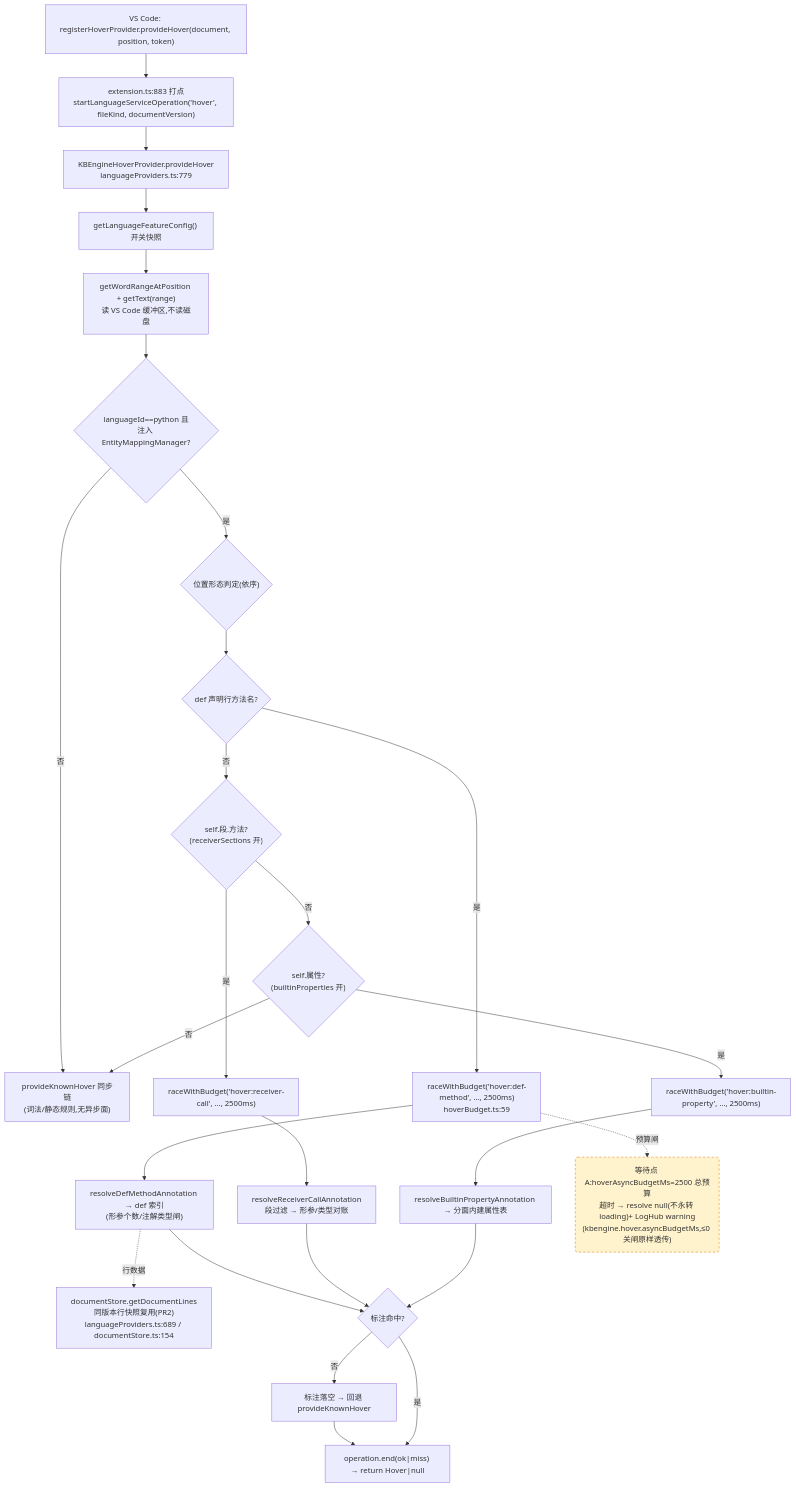
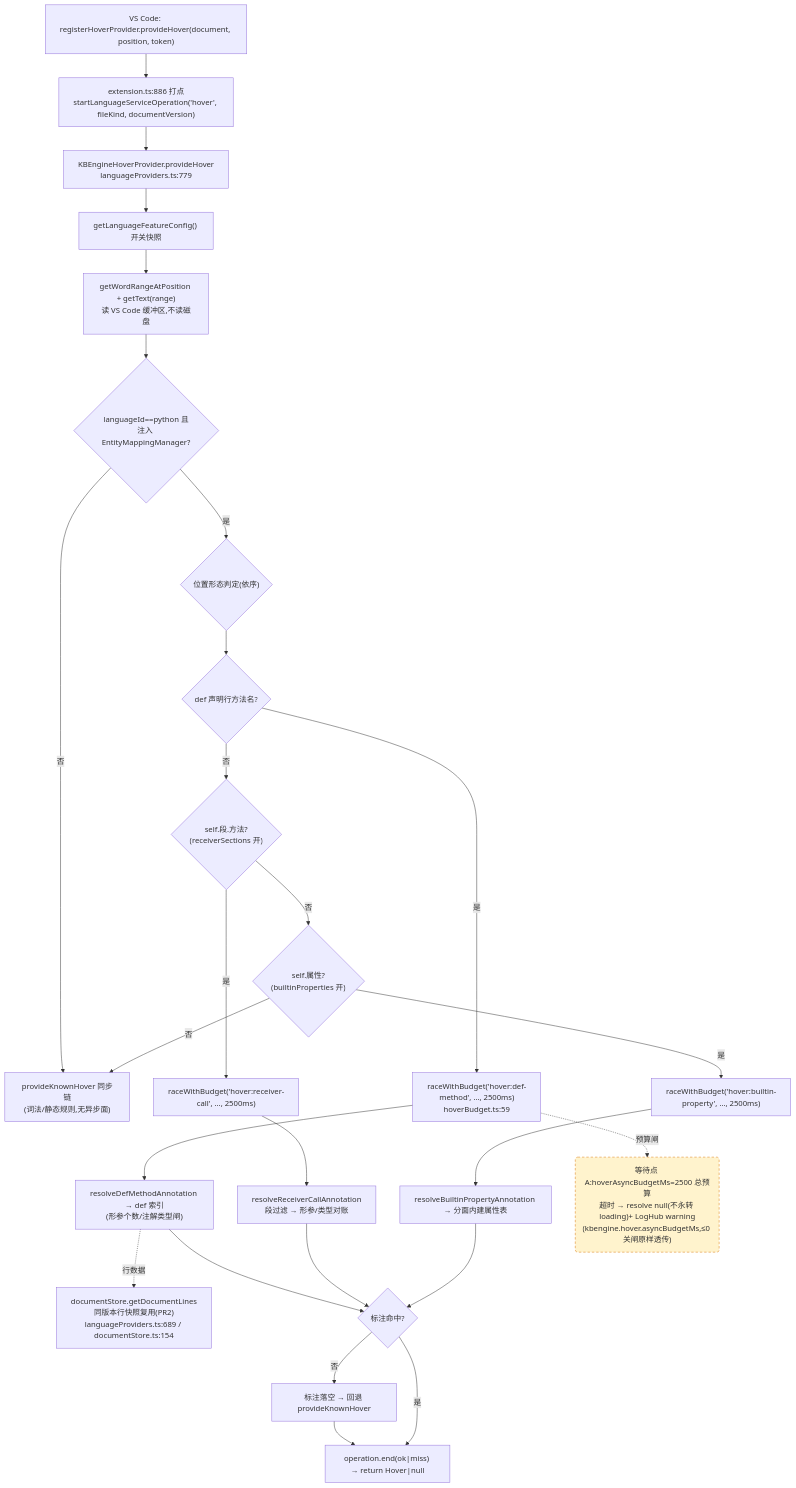
Before and after one commit to cuihairu/kode: the first of 4 diagrams in docs/perf/2026-baseline.md, drawn with Mermaid. The commit also changed other lines of this file and 17 other files, not shown here.

Commit message:
feat: complete debugpy port mode flow with launch.json integration

````diff
--- a/docs/perf/2026-baseline.md
+++ b/docs/perf/2026-baseline.md
@@ -82,45 +82,45 @@
 ```mermaid
 flowchart TD
   VC1["VS Code: registerHoverProvider.provideHover(document, position, token)"]
-  M1["extension.ts:883 打点<br/>startLanguageServiceOperation('hover', fileKind, documentVersion)"]
+  M1["extension.ts:886 打点<br/>startLanguageServiceOperation('hover', fileKind, documentVersion)"]
   HP["KBEngineHoverProvider.provideHover<br/>languageProviders.ts:779"]
   CFG["getLanguageFeatureConfig() 开关快照"]
   WORD["getWordRangeAtPosition + getText(range)<br/>读 VS Code 缓冲区,不读磁盘"]
   BR{"languageId==python 且<br/>注入 EntityMappingManager?"}
   KN["provideKnownHover 同步链<br/>(词法/静态规则,无异步面)"]
   POS{"位置形态判定(依序)"}
   D1{"def 声明行方法名?"}
   D2{"self.段.方法?<br/>(receiverSections 开)"}
   D3{"self.属性?<br/>(builtinProperties 开)"}
   RA1["raceWithBudget('hover:def-method', …, 2500ms)<br/>hoverBudget.ts:59"]
   RA2["raceWithBudget('hover:receiver-call', …, 2500ms)"]
   RA3["raceWithBudget('hover:builtin-property', …, 2500ms)"]
   RS1["resolveDefMethodAnnotation → def 索引<br/>(形参个数/注解类型闸)"]
   RS2["resolveReceiverCallAnnotation<br/>段过滤 → 形参/类型对账"]
   RS3["resolveBuiltinPropertyAnnotation → 分面内建属性表"]
   LINES["documentStore.getDocumentLines<br/>同版本行快照复用(PR2)<br/>languageProviders.ts:689 / documentStore.ts:154"]
   MISS["标注落空 → 回退 provideKnownHover"]
   END1["operation.end(ok|miss) → return Hover|null"]
 
   VC1 --> M1 --> HP --> CFG --> WORD --> BR
   BR -- "否" --> KN
   BR -- "是" --> POS --> D1
   D1 -- "是" --> RA1 --> RS1
   D1 -- "否" --> D2
   D2 -- "是" --> RA2 --> RS2
   D2 -- "否" --> D3
   D3 -- "是" --> RA3 --> RS3
   D3 -- "否" --> KN
   RS1 --> HIT{"标注命中?"}
   RS2 --> HIT
   RS3 --> HIT
   RS1 -.->|行数据| LINES
   HIT -- "否" --> MISS --> END1
   HIT -- "是" --> END1
 
   WAITA("等待点 A:hoverAsyncBudgetMs=2500 总预算<br/>超时 → resolve null(不永转 loading)+ LogHub warning<br/>(kbengine.hover.asyncBudgetMs,≤0 关闸原样透传)")
   RA1 -.->|预算闸| WAITA
 
   classDef waitPoint fill:#fff3cd,stroke:#d97706,stroke-dasharray:5 4;
   class WAITA waitPoint;
 ```
````
